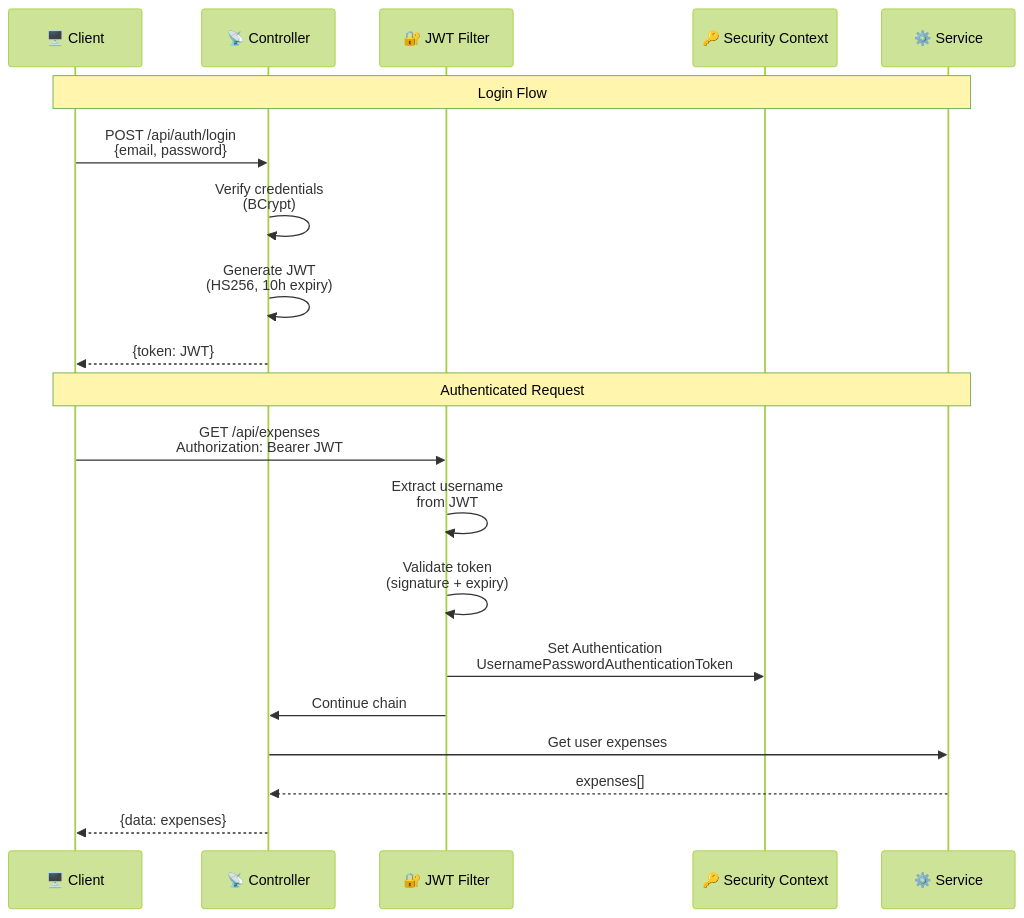
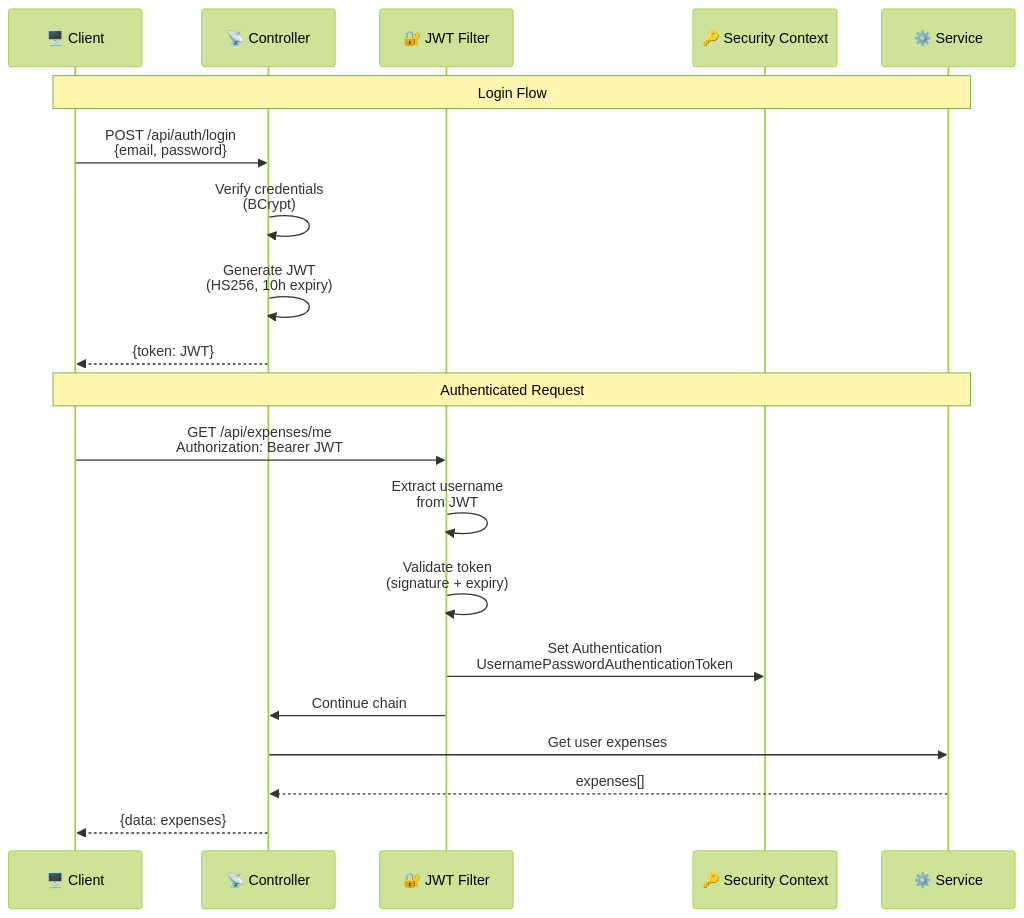
One commit to Bhawesh-007/Phonpe_Manager changed the fourth of 5 diagrams in src/main/java/com/Bhawesh/expense_tracker/architecture/arch.md. Above: the diagram before and after it, drawn with Mermaid (forest theme). The commit also changed other lines of this file and 16 other files, not shown here.

````diff
--- a/src/main/java/com/Bhawesh/expense_tracker/architecture/arch.md
+++ b/src/main/java/com/Bhawesh/expense_tracker/architecture/arch.md
@@ -170,24 +187,24 @@
 ```mermaid
 sequenceDiagram
     participant Client as 🖥️ Client
     participant Controller as 📡 Controller
     participant Filter as 🔐 JWT Filter
     participant SecurityCtx as 🔑 Security Context
     participant Service as ⚙️ Service
 
     Note over Client,Service: Login Flow
     Client->>Controller: POST /api/auth/login<br/>{email, password}
     Controller->>Controller: Verify credentials<br/>(BCrypt)
     Controller->>Controller: Generate JWT<br/>(HS256, 10h expiry)
     Controller-->>Client: {token: JWT}
 
     Note over Client,Service: Authenticated Request
-    Client->>Filter: GET /api/expenses<br/>Authorization: Bearer JWT
+    Client->>Filter: GET /api/expenses/me<br/>Authorization: Bearer JWT
     Filter->>Filter: Extract username<br/>from JWT
     Filter->>Filter: Validate token<br/>(signature + expiry)
     Filter->>SecurityCtx: Set Authentication<br/>UsernamePasswordAuthenticationToken
     Filter->>Controller: Continue chain
     Controller->>Service: Get user expenses
     Service-->>Controller: expenses[]
     Controller-->>Client: {data: expenses}
 ```
````
